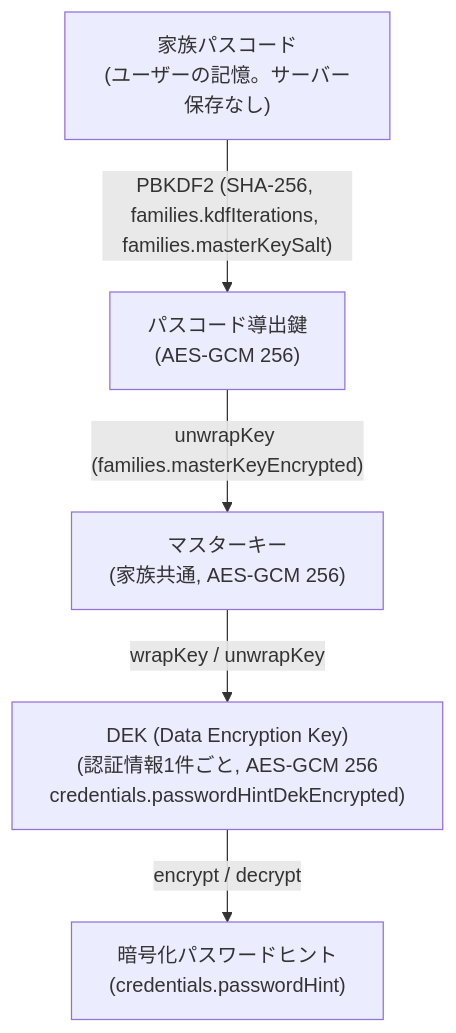
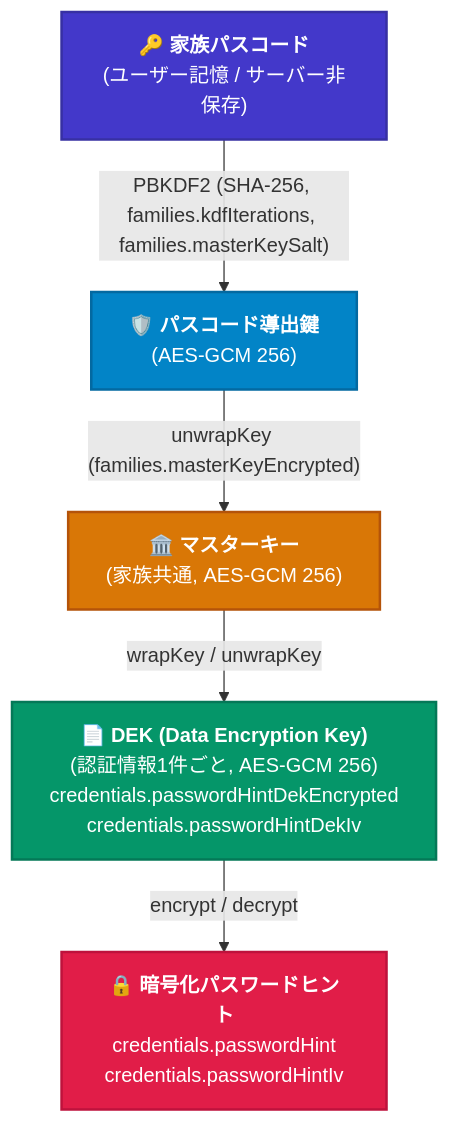
The second of 2 diagrams in .ai/architecture.md (luthpg/poohma), drawn with Mermaid before and after one commit. The commit also changed other lines of this file and 18 other files, not shown here.

Commit message:
docs: ドキュメントの .docs/ 統合・Mermaid図刷新・最新実装への整合 (#257)

````diff
--- a/.ai/architecture.md
+++ b/.ai/architecture.md
@@ -96,8 +106,19 @@
 ```mermaid
 flowchart TD
-    Passcode["家族パスコード<br/>(ユーザーの記憶。サーバー保存なし)"]
-    Passcode -->|"PBKDF2 (SHA-256, families.kdfIterations, families.masterKeySalt)"| PasscodeKey["パスコード導出鍵<br/>(AES-GCM 256)"]
-    PasscodeKey -->|"unwrapKey (families.masterKeyEncrypted)"| MasterKey["マスターキー<br/>(家族共通, AES-GCM 256)"]
-    MasterKey -->|"wrapKey / unwrapKey"| DEK["DEK (Data Encryption Key)<br/>(認証情報1件ごと, AES-GCM 256<br/>credentials.passwordHintDekEncrypted)"]
-    DEK -->|"encrypt / decrypt"| EncryptedHint["暗号化パスワードヒント<br/>(credentials.passwordHint)"]
+    classDef inputNode fill:#4338ca,stroke:#3730a3,stroke-width:2px,color:#ffffff;
+    classDef derivedNode fill:#0284c7,stroke:#0369a1,stroke-width:2px,color:#ffffff;
+    classDef masterNode fill:#d97706,stroke:#b45309,stroke-width:2px,color:#ffffff;
+    classDef dekNode fill:#059669,stroke:#047857,stroke-width:2px,color:#ffffff;
+    classDef hintNode fill:#e11d48,stroke:#be123c,stroke-width:2px,color:#ffffff;
+
+    Passcode["🔑 <b>家族パスコード</b><br/>(ユーザー記憶 / サーバー非保存)"]:::inputNode
+    PasscodeKey["🛡️ <b>パスコード導出鍵</b><br/>(AES-GCM 256)"]:::derivedNode
+    MasterKey["🏛️ <b>マスターキー</b><br/>(家族共通, AES-GCM 256)"]:::masterNode
+    DEK["📄 <b>DEK (Data Encryption Key)</b><br/>(認証情報1件ごと, AES-GCM 256)<br/>credentials.passwordHintDekEncrypted<br/>credentials.passwordHintDekIv"]:::dekNode
+    EncryptedHint["🔒 <b>暗号化パスワードヒント</b><br/>credentials.passwordHint<br/>credentials.passwordHintIv"]:::hintNode
+
+    Passcode -->|"PBKDF2 (SHA-256, families.kdfIterations, families.masterKeySalt)"| PasscodeKey
+    PasscodeKey -->|"unwrapKey (families.masterKeyEncrypted)"| MasterKey
+    MasterKey -->|"wrapKey / unwrapKey"| DEK
+    DEK -->|"encrypt / decrypt"| EncryptedHint
 ```
````
